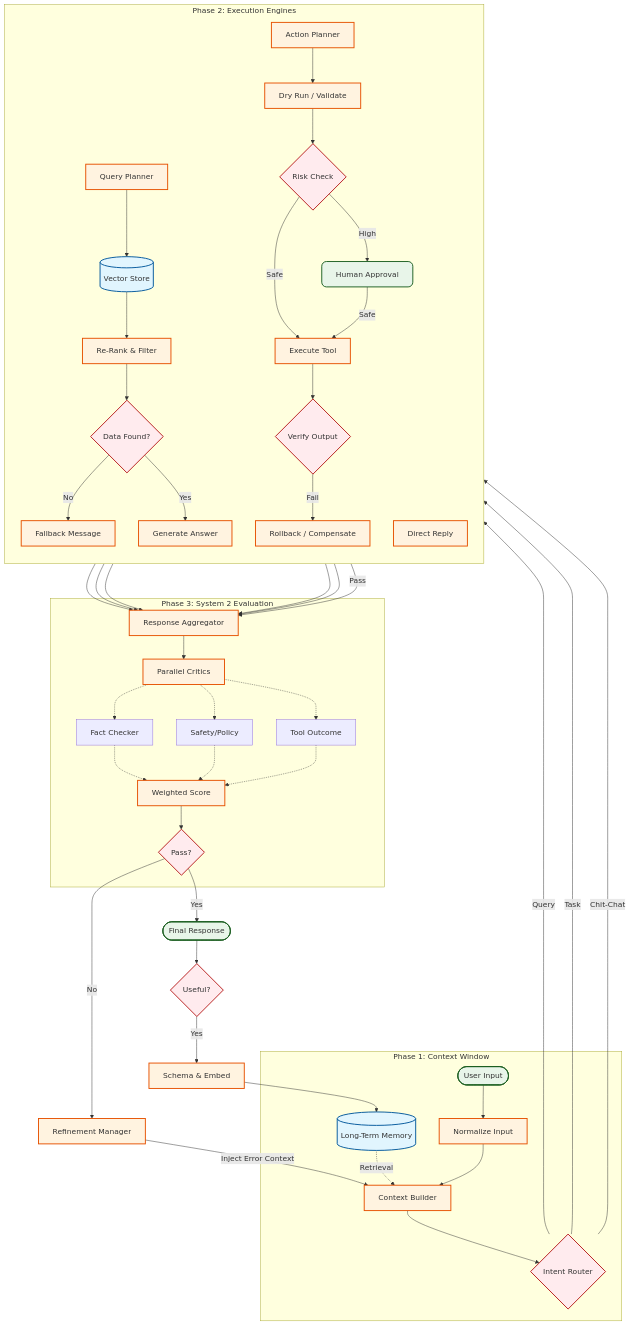
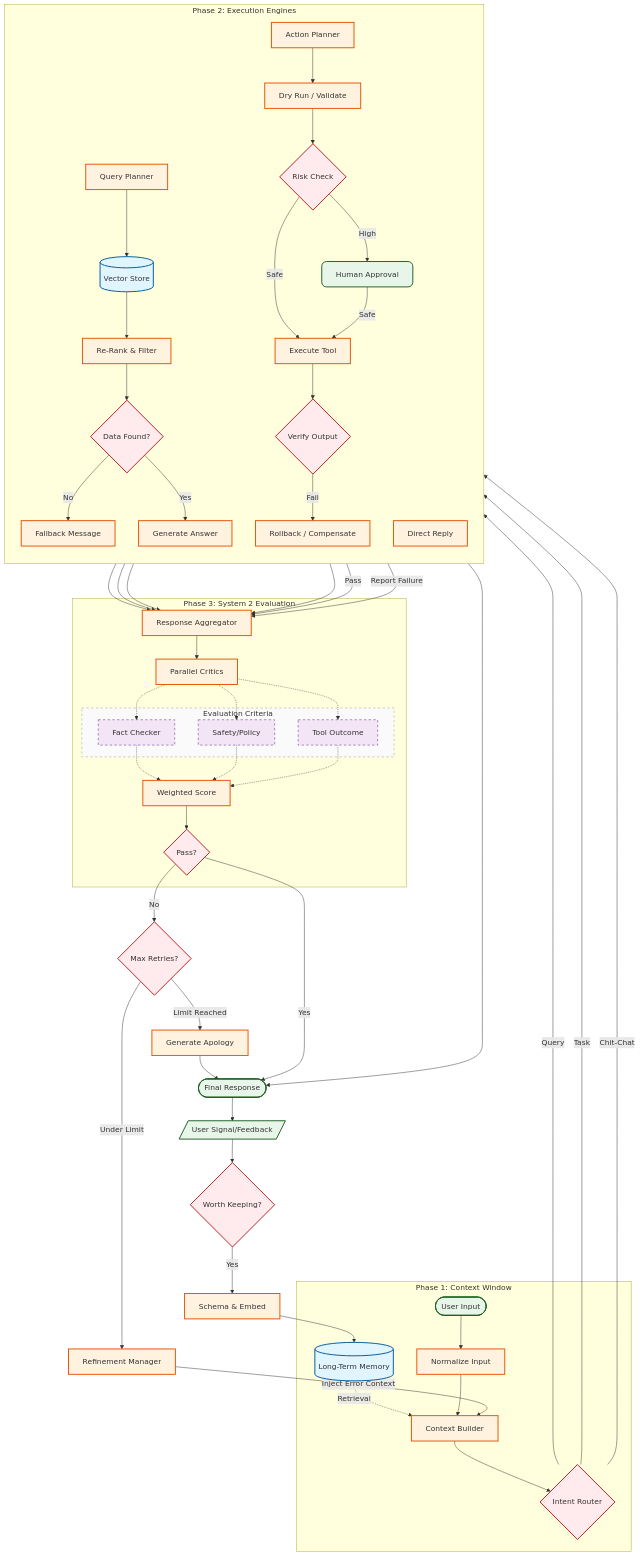
Before and after one commit to ynotopec/coder-brain: the diagram in ideas/buffer-clean.md, drawn with Mermaid.

````diff
--- a/ideas/buffer-clean.md
+++ b/ideas/buffer-clean.md
@@ -1,72 +1,81 @@
 ```mermaid
 flowchart TD
   %% --- STYLING ---
   classDef db fill:#e1f5fe,stroke:#01579b,stroke-width:2px;
   classDef logic fill:#fff3e0,stroke:#e65100,stroke-width:2px;
   classDef gate fill:#ffebee,stroke:#b71c1c,stroke-width:2px,shape:rhombus;
   classDef term fill:#e8f5e9,stroke:#1b5e20,stroke-width:2px,rx:10,ry:10;
+  classDef crit fill:#f3e5f5,stroke:#4a148c,stroke-width:1px,stroke-dasharray: 5 5;
 
   %% --- PHASE 1: INPUT & CONTEXT ---
   subgraph CTX [Phase 1: Context Window]
     User([User Input]):::term --> NORM[Normalize Input]:::logic
     MEM[("Long-Term Memory")]:::db -.->|Retrieval| BUILD
     NORM --> BUILD[Context Builder]:::logic
     BUILD --> ROUTER{Intent Router}:::gate
   end
 
   %% --- PHASE 2: EXECUTION ENGINES ---
   subgraph ENGINE [Phase 2: Execution Engines]
     direction TB
     
     %% RAG FLOW
     ROUTER -->|Query| R_PLAN[Query Planner]:::logic
     R_PLAN --> VEC_DB[("Vector Store")]:::db
     VEC_DB --> RERANK[Re-Rank & Filter]:::logic
     RERANK --> SUFF{Data Found?}:::gate
     SUFF -->|No| FALL[Fallback Message]:::logic
     SUFF -->|Yes| GEN[Generate Answer]:::logic
 
     %% ACTION FLOW
     ROUTER -->|Task| A_PLAN[Action Planner]:::logic
     A_PLAN --> SIM[Dry Run / Validate]:::logic
     SIM --> RISK{Risk Check}:::gate
     RISK -->|High| HITL[Human Approval]:::term
     RISK & HITL -->|Safe| EXEC[Execute Tool]:::logic
     EXEC --> VERIFY{Verify Output}:::gate
     VERIFY -->|Fail| ROLL[Rollback / Compensate]:::logic
     
     %% DIRECT FLOW
     ROUTER -->|Chit-Chat| CHAT[Direct Reply]:::logic
   end
 
   %% --- PHASE 3: CONSOLIDATION & REVIEW ---
   subgraph REVIEW [Phase 3: System 2 Evaluation]
-    GEN & FALL & EXEC & ROLL & CHAT --> AGG[Response Aggregator]:::logic
+    GEN & FALL & EXEC & ROLL --> AGG[Response Aggregator]:::logic
     
     AGG --> PAR_CRIT[Parallel Critics]:::logic
-    subgraph CRITICS [ ]
-      style CRITICS fill:none,stroke:none
-      F_C[Fact Checker]
-      S_C[Safety/Policy]
-      T_C[Tool Outcome]
+    subgraph CRITICS [Evaluation Criteria]
+      style CRITICS fill:#fafafa,stroke:#999,stroke-dasharray: 5 5
+      F_C[Fact Checker]:::crit
+      S_C[Safety/Policy]:::crit
+      T_C[Tool Outcome]:::crit
     end
     PAR_CRIT -.-> F_C & S_C & T_C
     F_C & S_C & T_C -.-> SCORE[Weighted Score]:::logic
     
     SCORE --> PASS{Pass?}:::gate
   end
 
   %% --- PHASE 4: OUTPUT & LOOP ---
-  PASS -->|No| REFINE[Refinement Manager]:::logic
+  PASS -->|No| RETRY{Max Retries?}:::gate
+  RETRY -->|Limit Reached| FORCE_EXIT[Generate Apology]:::logic
+  RETRY -->|Under Limit| REFINE[Refinement Manager]:::logic
   REFINE -->|Inject Error Context| BUILD
   
+  %% Fast Track (Bypasses Critics for simple chat)
+  CHAT --> FINAL
+  FORCE_EXIT --> FINAL
+
   PASS -->|Yes| FINAL([Final Response]):::term
 
   %% --- MEMORY ---
-  FINAL --> MEM_POL{Useful?}:::gate
+  FINAL --> USER_FB[/User Signal/Feedback/]:::term
+  USER_FB --> MEM_POL{Worth Keeping?}:::gate
   MEM_POL -->|Yes| MEM_WRITE[Schema & Embed]:::logic
   MEM_WRITE --> MEM
 
   %% --- LINKS ---
   VERIFY -->|Pass| AGG
+  ROLL -->|Report Failure| AGG
 ```
````
